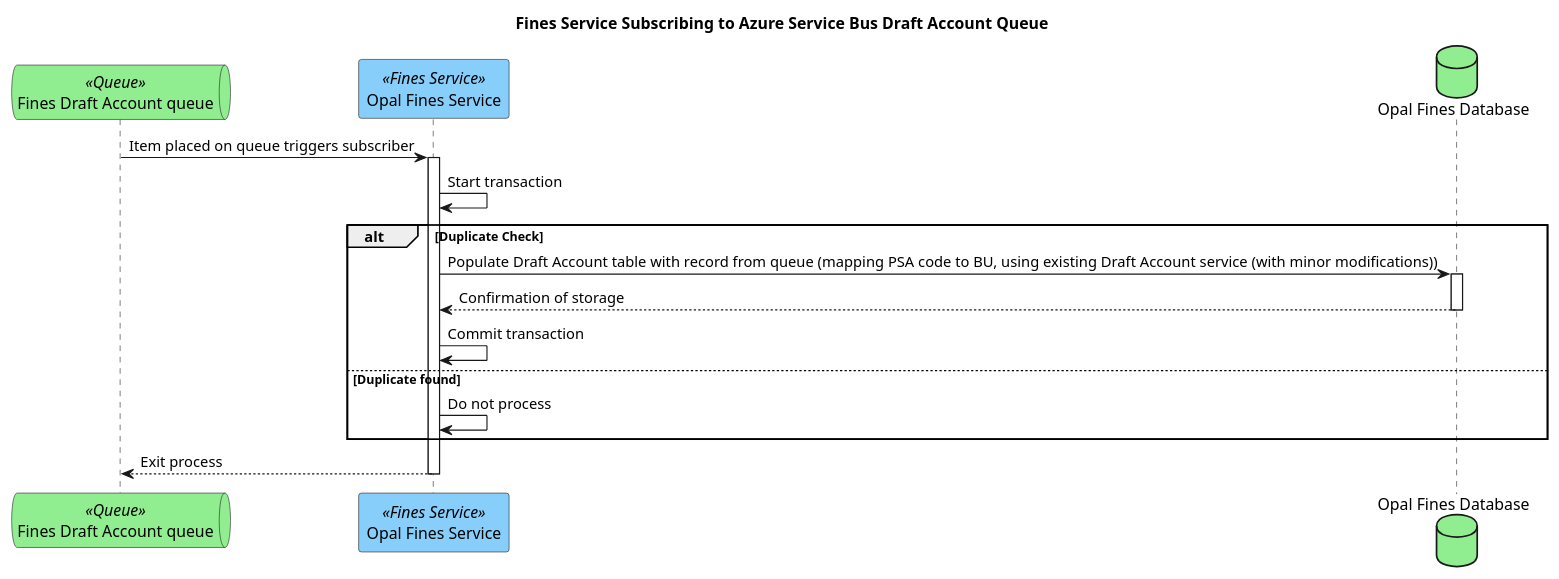
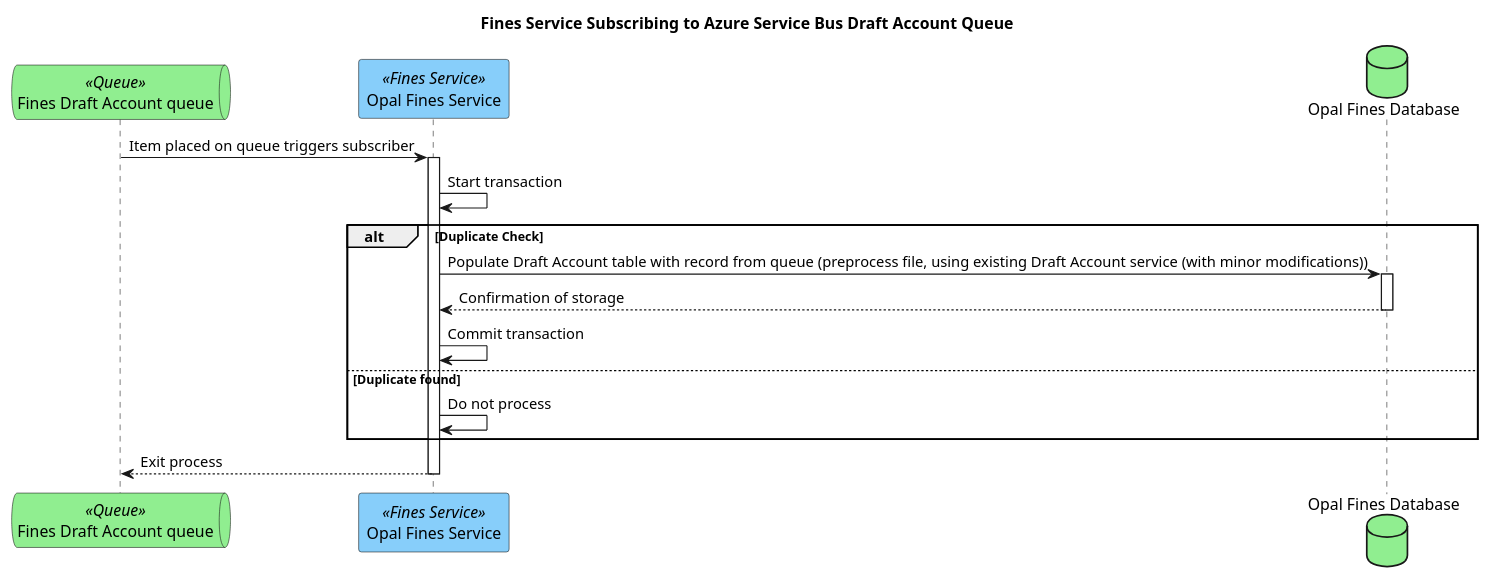
One commit to hmcts/opal-docs changed the diagram in plantUML/external-interfaces/fines-from-vpfpo-queue.puml. Above: the diagram before and after it, drawn with PlantUML.

Commit message:
Using "preprocess file" to be extend to the enforcing court as well as PSA-BU mapping

```diff
--- a/plantUML/external-interfaces/fines-from-vpfpo-queue.puml
+++ b/plantUML/external-interfaces/fines-from-vpfpo-queue.puml
@@ -1,17 +1,17 @@
 @startuml
 title Fines Service Subscribing to Azure Service Bus Draft Account Queue
 queue "Fines Draft Account queue" as finesDraftAccountQueue <<Queue>> #lightgreen
 participant "Opal Fines Service" as finesService <<Fines Service>> #LightSkyBlue
 database "Opal Fines Database" as finesDb #LightGreen
 
 finesDraftAccountQueue -> finesService ++ : Item placed on queue triggers subscriber
 finesService -> finesService : Start transaction
 alt Duplicate Check
-    finesService -> finesDb ++ : Populate Draft Account table with record from queue (mapping PSA code to BU, using existing Draft Account service (with minor modifications))
+    finesService -> finesDb ++ : Populate Draft Account table with record from queue (preprocess file, using existing Draft Account service (with minor modifications))
     finesDb --> finesService -- : Confirmation of storage
     finesService -> finesService : Commit transaction
 else Duplicate found
     finesService -> finesService : Do not process
 end
 finesService --> finesDraftAccountQueue -- : Exit process
 @enduml
```
